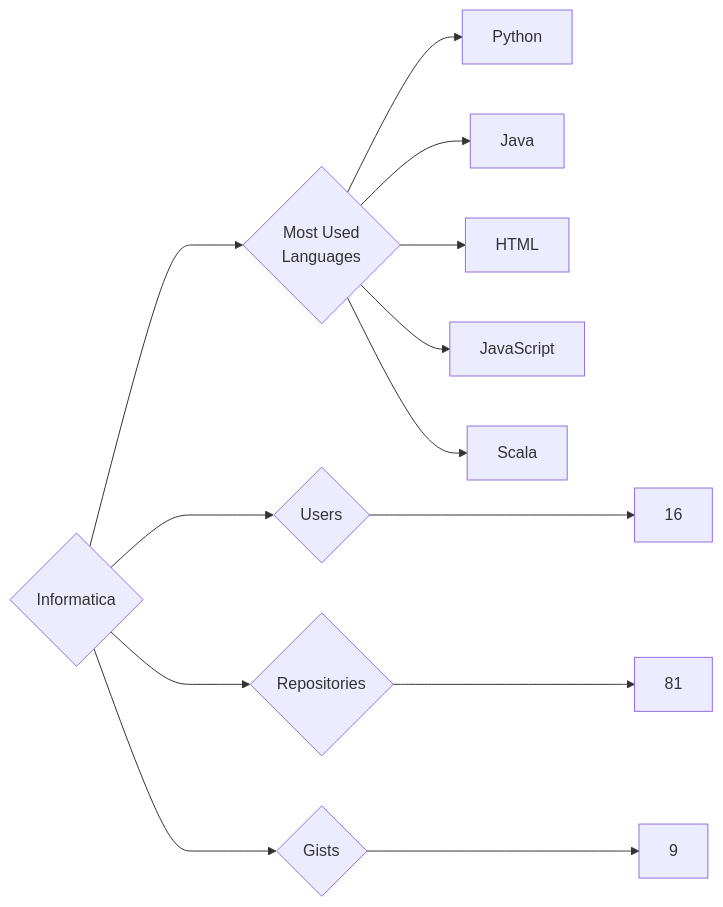
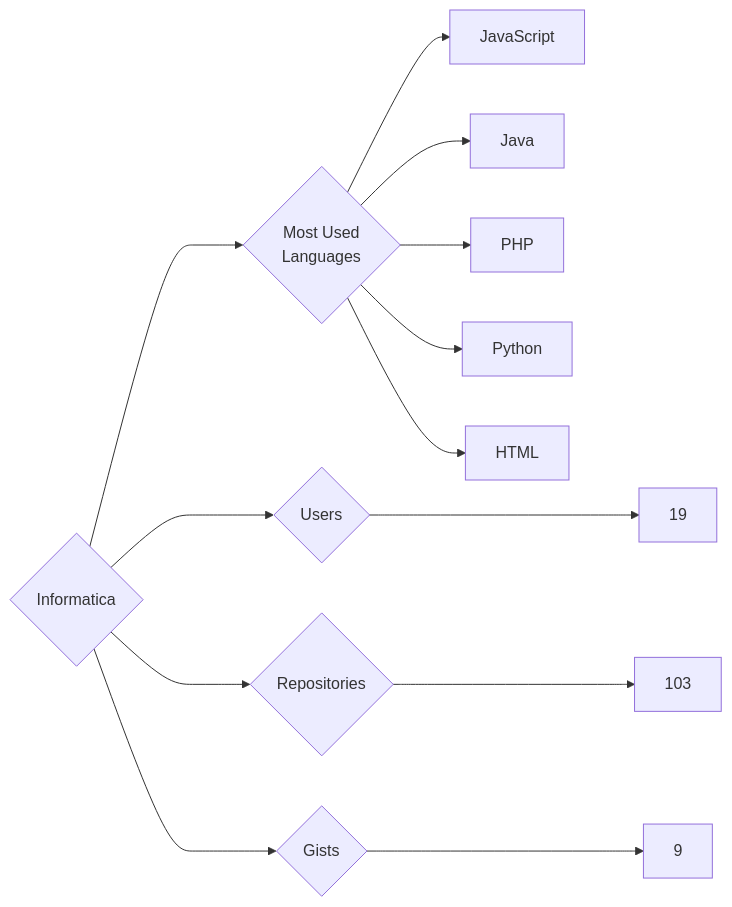
One commit to trickest/insiders changed the diagram in targets/Informatica/README.md. Above: the diagram before and after it, drawn with Mermaid. The commit also changed 644 other files, not shown here.

````diff
--- a/targets/Informatica/README.md
+++ b/targets/Informatica/README.md
@@ -3,13 +3,13 @@
 ```mermaid
 graph LR
 COMPANY_NAME{Informatica}
-COMPANY_NAME ---> U{Users} ---> UN[16]
-COMPANY_NAME ---> R{Repositories} ---> RN[81]
+COMPANY_NAME ---> U{Users} ---> UN[19]
+COMPANY_NAME ---> R{Repositories} ---> RN[103]
 COMPANY_NAME ---> G{Gists} ---> GN[9]
 COMPANY_NAME ---> ML{Most Used<br>Languages}
+ML --> JavaScript[JavaScript]
+ML --> Java[Java]
+ML --> PHP[PHP]
 ML --> Python[Python]
-ML --> Java[Java]
 ML --> HTML[HTML]
-ML --> JavaScript[JavaScript]
-ML --> Scala[Scala]
 ```
````
